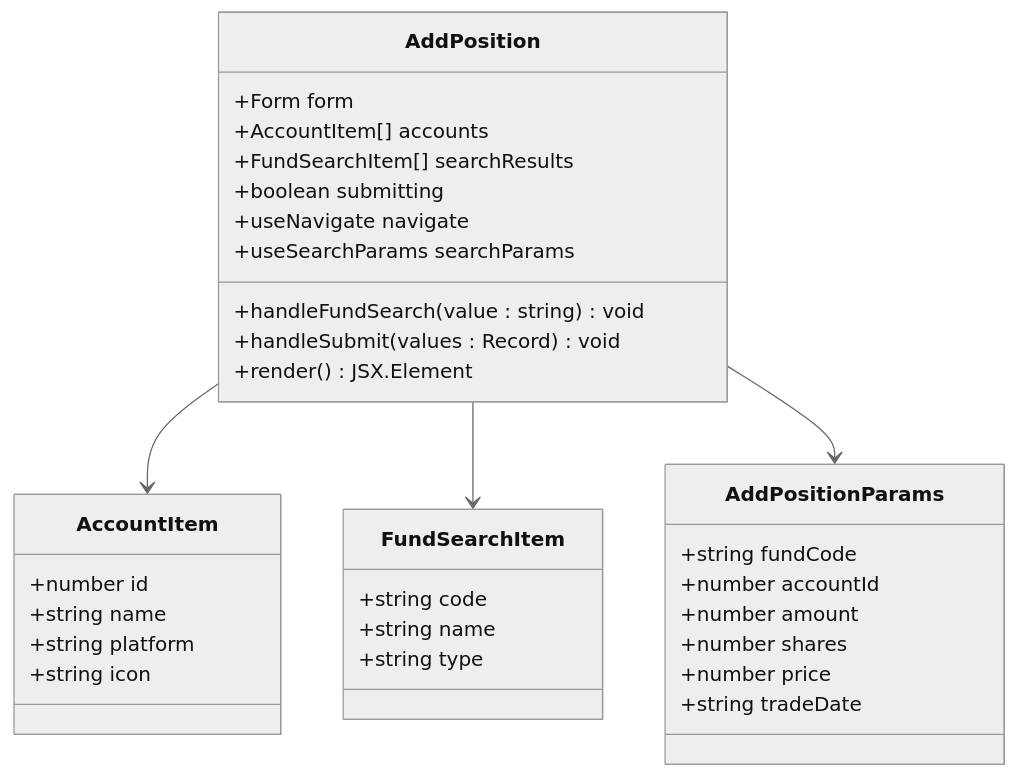
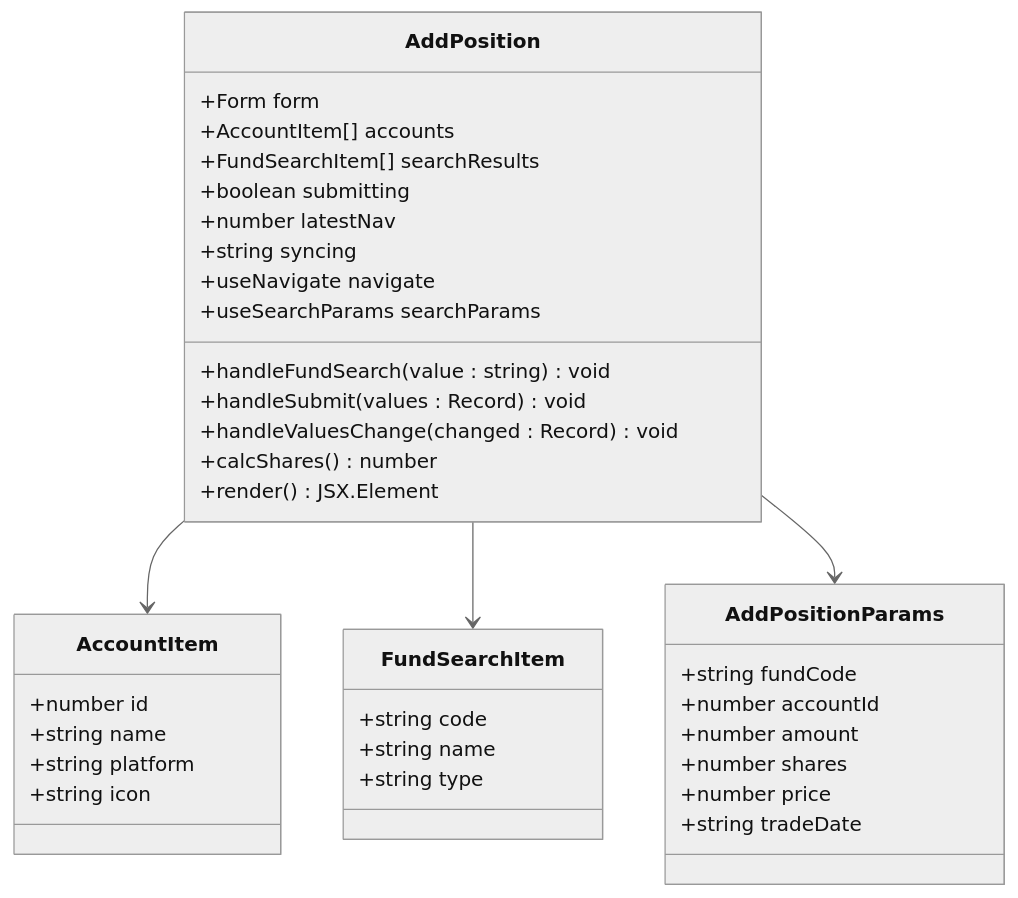
One commit to gree-coder/fund-butler changed the fourth of 17 diagrams in .qoder/repowiki/zh/content/核心功能开发/前端投资组合管理增强.md. Above: the diagram before and after it, drawn with Mermaid (neutral theme). The commit also changed other lines of this file and 34 other files, not shown here.

````diff
--- a/.qoder/repowiki/zh/content/核心功能开发/前端投资组合管理增强.md
+++ b/.qoder/repowiki/zh/content/核心功能开发/前端投资组合管理增强.md
@@ -245,36 +252,40 @@
 ```mermaid
 classDiagram
 class AddPosition {
 +Form form
 +AccountItem[] accounts
 +FundSearchItem[] searchResults
 +boolean submitting
++number latestNav
++string syncing
 +useNavigate navigate
 +useSearchParams searchParams
 +handleFundSearch(value : string) void
 +handleSubmit(values : Record) void
++handleValuesChange(changed : Record) void
++calcShares() number
 +render() JSX.Element
 }
 class AccountItem {
 +number id
 +string name
 +string platform
 +string icon
 }
 class FundSearchItem {
 +string code
 +string name
 +string type
 }
 class AddPositionParams {
 +string fundCode
 +number accountId
 +number amount
 +number shares
 +number price
 +string tradeDate
 }
 AddPosition --> AccountItem
 AddPosition --> FundSearchItem
 AddPosition --> AddPositionParams
 ```
````
